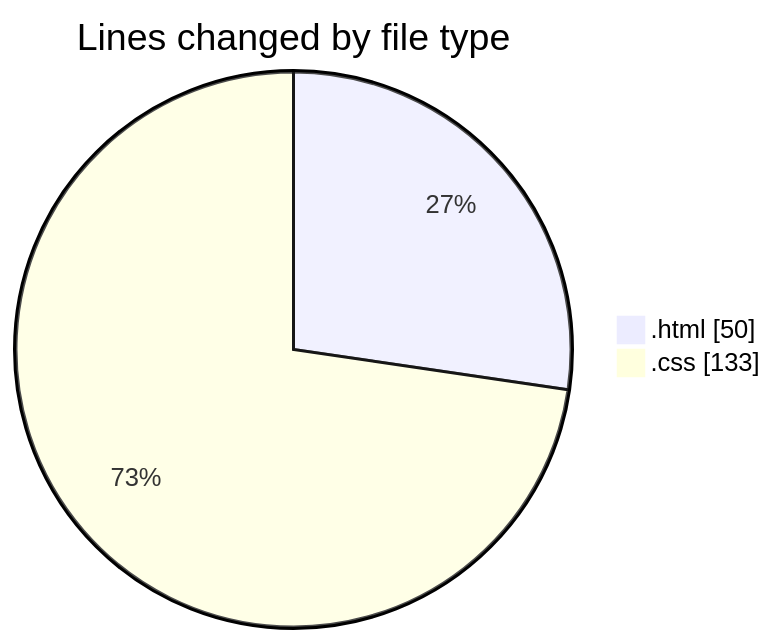
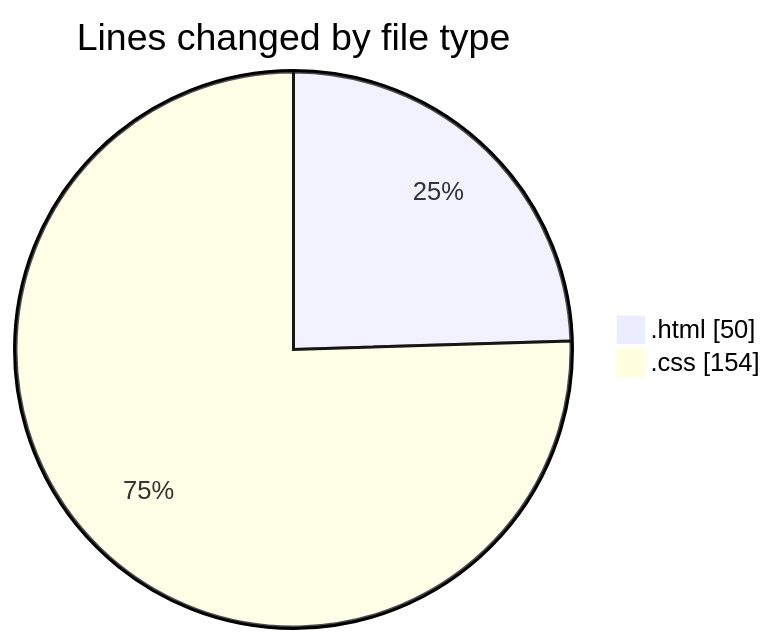
Before and after one commit to CELIANVF/code-tracking: the first of 2 diagrams in 2025-04-15/portfolio/README.md, drawn with Mermaid. The commit also changed other lines of this file and 1 other file, not shown here.

````diff
--- a/2025-04-15/portfolio/README.md
+++ b/2025-04-15/portfolio/README.md
@@ -21,6 +21,6 @@
 ```mermaid
 pie showData
 title Lines changed by file type
 ".html" : 50
-".css" : 133
+".css" : 154
 ```
````
